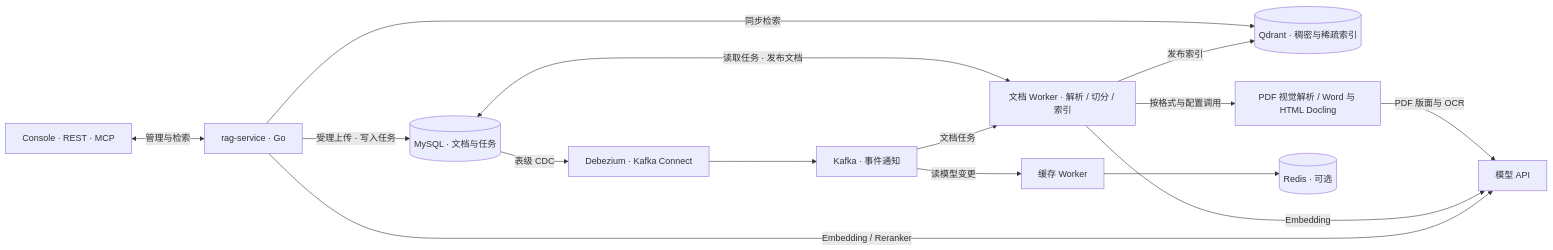
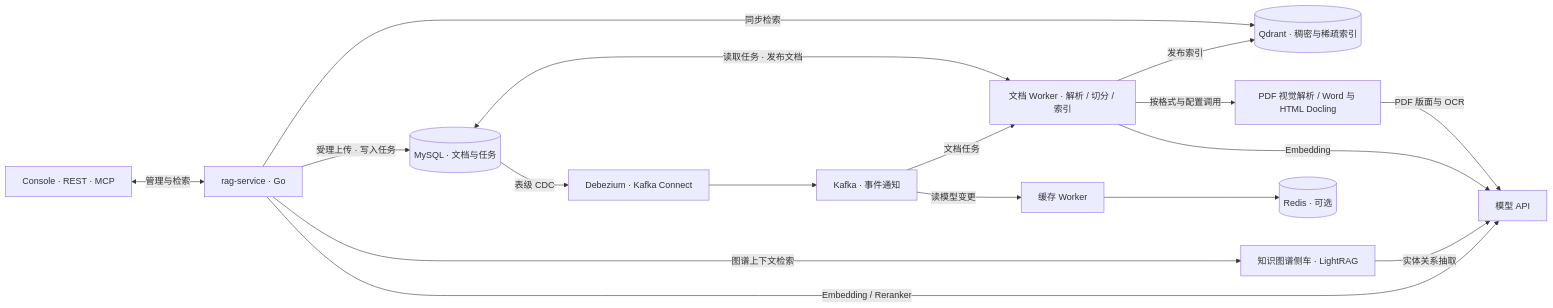
Before and after one commit to Guan0923/Praxis-RAG: the diagram in README.md, drawn with Mermaid. The commit also changed other lines of this file and 89 other files, not shown here.

First line of the commit message:
feat(retrieval): 接入 LightRAG 知识图谱检索

````diff
--- a/README.md
+++ b/README.md
@@ -19,20 +20,22 @@
 ```mermaid
 flowchart LR
     Client["Console · REST · MCP"] <-->|管理与检索| API["rag-service · Go"]
 
     API -->|受理上传 · 写入任务| MySQL[("MySQL · 文档与任务")]
     MySQL -->|表级 CDC| CDC["Debezium · Kafka Connect"]
     CDC --> Kafka["Kafka · 事件通知"]
     Kafka -->|文档任务| Worker["文档 Worker · 解析 / 切分 / 索引"]
     Worker <-->|读取任务 · 发布文档| MySQL
     Worker -->|发布索引| Qdrant[("Qdrant · 稠密与稀疏索引")]
 
     API -->|同步检索| Qdrant
     API -->|Embedding / Reranker| Model["模型 API"]
+    API -->|图谱上下文检索| Graph["知识图谱侧车 · LightRAG"]
+    Graph -->|实体关系抽取| Model
     Worker -->|Embedding| Model
     Worker -->|按格式与配置调用| Parsers["PDF 视觉解析 / Word 与 HTML Docling"]
     Parsers -->|PDF 版面与 OCR| Model
 
     Kafka -->|读模型变更| Cache["缓存 Worker"]
     Cache --> Redis[("Redis · 可选")]
 ```
````
